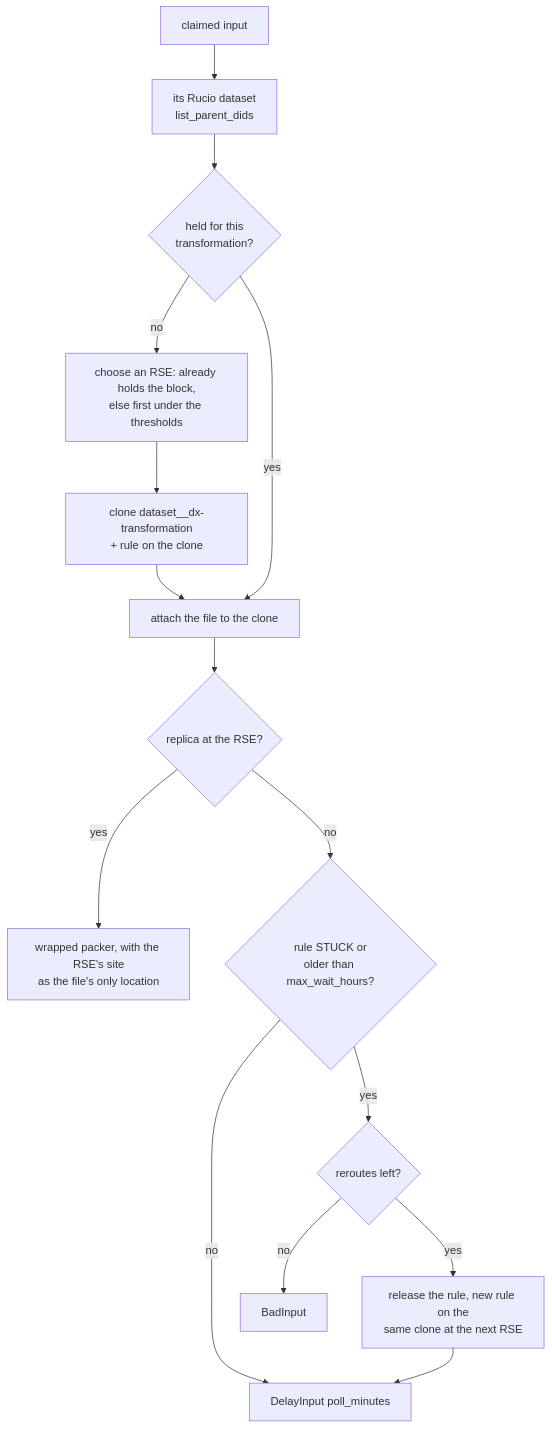
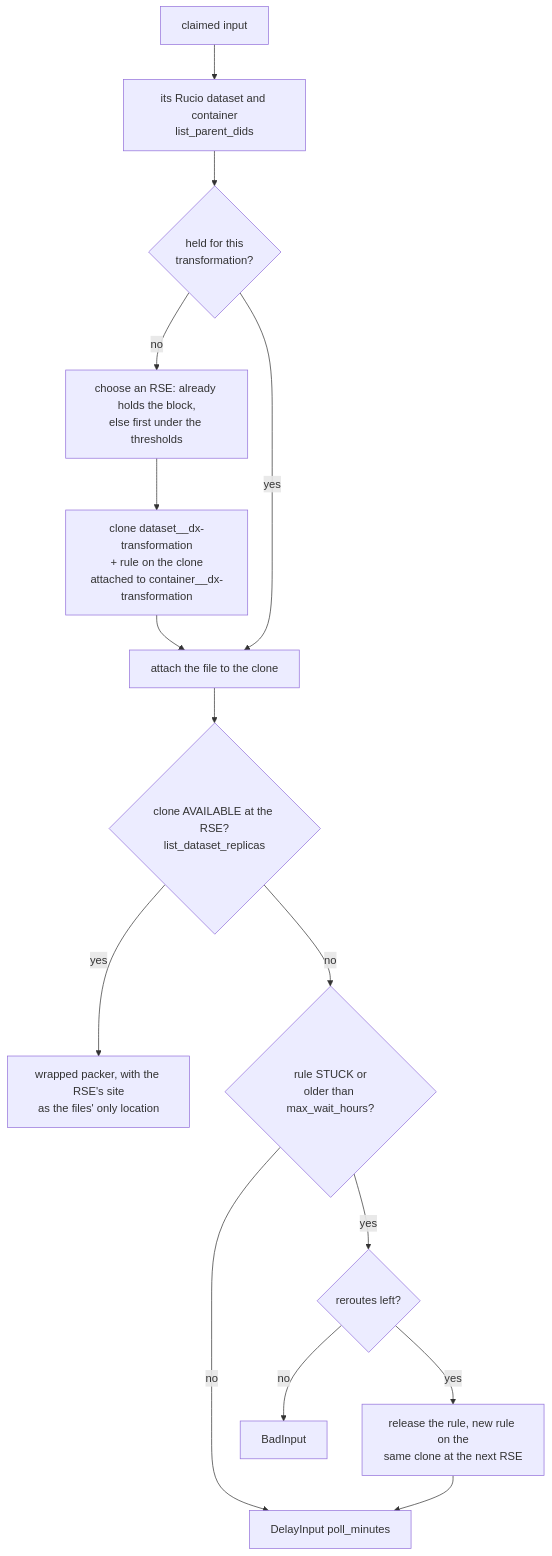
One commit to dciangot/diracx changed the first of 2 diagrams in examples/crab-splitting/README.md. Above: the diagram before and after it, drawn with Mermaid. The commit also changed other lines of this file and 7 other files, not shown here.

Commit message:
Back to one input rule per dataset clone; clones attached to the input container's clone; per-dataset monitoring

````diff
--- a/examples/crab-splitting/README.md
+++ b/examples/crab-splitting/README.md
@@ -223,16 +223,16 @@
 ```mermaid
 flowchart TD
-    I[claimed input] --> D[its Rucio dataset<br/>list_parent_dids]
+    I[claimed input] --> D[its Rucio dataset and container<br/>list_parent_dids]
     D --> P{held for this<br/>transformation?}
     P -- no --> C[choose an RSE: already holds the block,<br/>else first under the thresholds]
-    C --> K[clone dataset__dx-transformation<br/>+ rule on the clone]
+    C --> K[clone dataset__dx-transformation<br/>+ rule on the clone<br/>attached to container__dx-transformation]
     K --> A
     P -- yes --> A[attach the file to the clone]
-    A --> Q{replica at the RSE?}
-    Q -- yes --> W[wrapped packer, with the RSE's site<br/>as the file's only location]
+    A --> Q{clone AVAILABLE at the RSE?<br/>list_dataset_replicas}
+    Q -- yes --> W[wrapped packer, with the RSE's site<br/>as the files' only location]
     Q -- no --> S{rule STUCK or<br/>older than max_wait_hours?}
     S -- no --> DL[DelayInput poll_minutes]
     S -- yes --> RR{reroutes left?}
     RR -- yes --> N[release the rule, new rule on the<br/>same clone at the next RSE] --> DL
     RR -- no --> B[BadInput]
 ```
````
